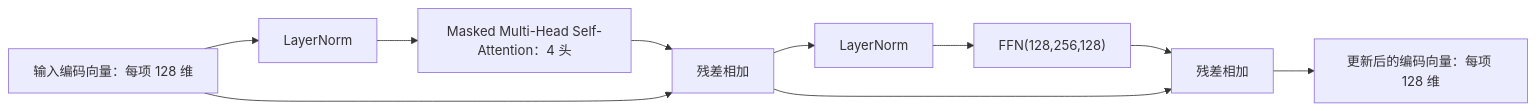
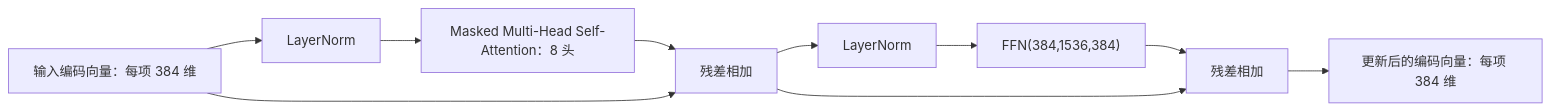
The fourth of 7 diagrams in MODEL_DESIGN.md (ChickenD233/Alpha-Roco), drawn with Mermaid before and after one commit. The commit also changed other lines of this file and 16 other files, not shown here.

````diff
--- a/MODEL_DESIGN.md
+++ b/MODEL_DESIGN.md
@@ -102,12 +109,12 @@
 ```mermaid
 flowchart LR
-    X["输入编码向量：每项 128 维"] --> N1["LayerNorm"]
-    N1 --> A["Masked Multi-Head Self-Attention：4 头"]
+    X["输入编码向量：每项 384 维"] --> N1["LayerNorm"]
+    N1 --> A["Masked Multi-Head Self-Attention：8 头"]
     A --> R1["残差相加"]
     X --> R1
     R1 --> N2["LayerNorm"]
-    N2 --> F["FFN(128,256,128)"]
+    N2 --> F["FFN(384,1536,384)"]
     F --> R2["残差相加"]
     R1 --> R2
-    R2 --> Y["更新后的编码向量：每项 128 维"]
+    R2 --> Y["更新后的编码向量：每项 384 维"]
 ```
````
